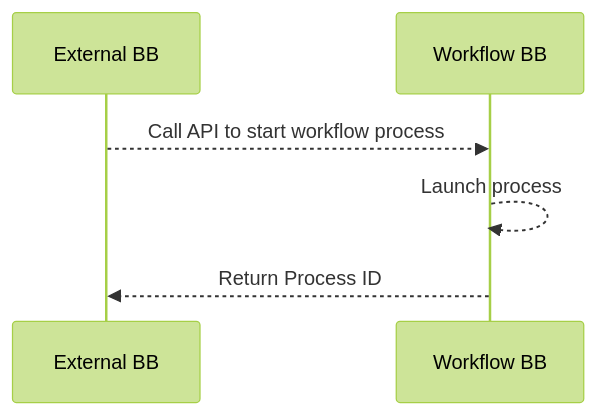
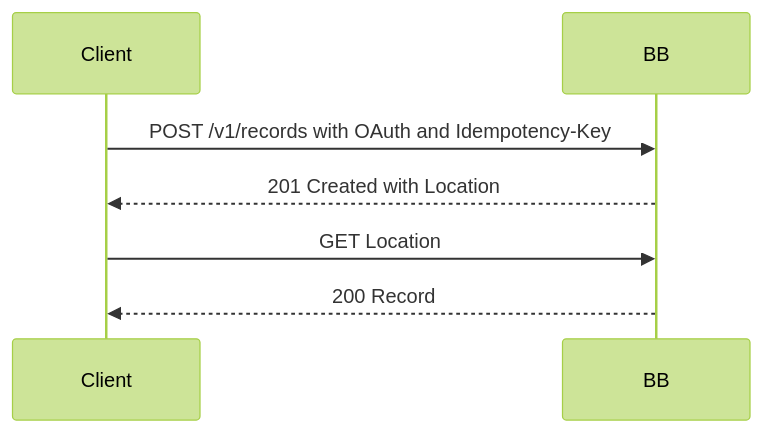
One commit to jeremi/bb-template changed the first of 2 diagrams in spec/9-workflows.md. Above: the diagram before and after it, drawn with Mermaid (forest theme). The commit also changed other lines of this file and 15 other files, not shown here.

````diff
--- a/spec/9-workflows.md
+++ b/spec/9-workflows.md
@@ -20,8 +11,9 @@
 ```mermaid
 sequenceDiagram
-
-External BB-->>Workflow BB: Call API to start workflow process
-Workflow BB-->>Workflow BB: Launch process
-Workflow BB-->>External BB: Return Process ID
-
+    participant Client
+    participant BB
+    Client->>BB: POST /v1/records with OAuth and Idempotency-Key
+    BB-->>Client: 201 Created with Location
+    Client->>BB: GET Location
+    BB-->>Client: 200 Record
 ```
````
